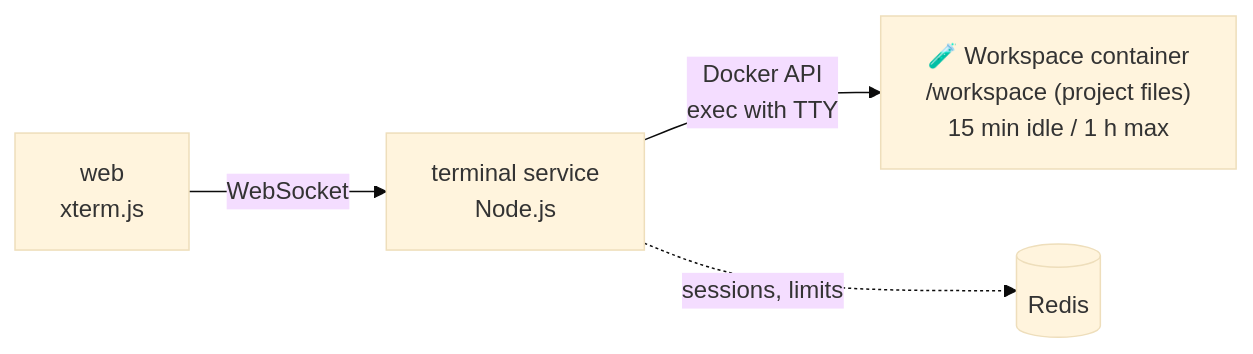
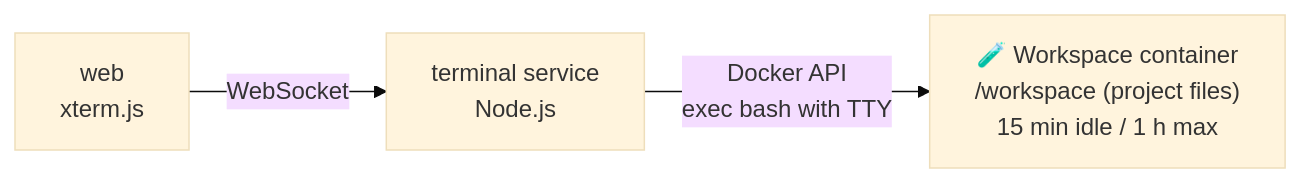
Before and after one commit to vedatcinbatexe/bytebox: the fifth of 5 diagrams in ARCHITECTURE.md, drawn with Mermaid (base theme). The commit also changed other lines of this file and 18 other files, not shown here.

First line of the commit message:
Add terminal sessions with a shell in the browser

````diff
--- a/ARCHITECTURE.md
+++ b/ARCHITECTURE.md
@@ -457,6 +458,5 @@
 ```mermaid
 flowchart LR
     web["web<br/>xterm.js"] -- "WebSocket" --> terminal["terminal service<br/>Node.js"]
-    terminal -- "Docker API<br/>exec with TTY" --> ws["🧪 Workspace container<br/>/workspace (project files)<br/>15 min idle / 1 h max"]
-    terminal -. "sessions, limits" .-> redis[("Redis")]
+    terminal -- "Docker API<br/>exec bash with TTY" --> ws["🧪 Workspace container<br/>/workspace (project files)<br/>15 min idle / 1 h max"]
 ```
````
